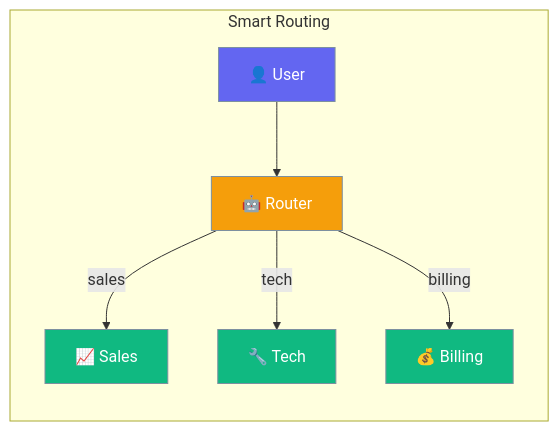
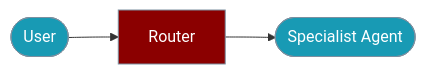
The first of 2 diagrams in docs/js/routing.mdx (MervinPraison/PraisonAIDocs), drawn with Mermaid before and after one commit. The commit also changed 19 other files, not shown here.

````diff
--- a/docs/js/routing.mdx
+++ b/docs/js/routing.mdx
@@ -10,17 +10,11 @@
 ```mermaid
 graph LR
-    subgraph "Smart Routing"
-        A[👤 User] --> B[🤖 Router]
-        B -->|sales| C[📈 Sales]
-        B -->|tech| D[🔧 Tech]
-        B -->|billing| E[💰 Billing]
-    end
-    
-    classDef user fill:#6366F1,stroke:#7C90A0,color:#fff
-    classDef router fill:#F59E0B,stroke:#7C90A0,color:#fff
-    classDef agent fill:#10B981,stroke:#7C90A0,color:#fff
-    
-    class A user
-    class B router
-    class C,D,E agent
+    User([User]) --> Router[Router]
+    Router --> Specialist([Specialist Agent])
+
+    classDef agent fill:#8B0000,stroke:#7C90A0,color:#fff
+    classDef tool fill:#189AB4,stroke:#7C90A0,color:#fff
+
+    class Router agent
+    class User,Specialist tool
 ```
````
